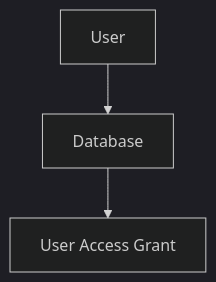
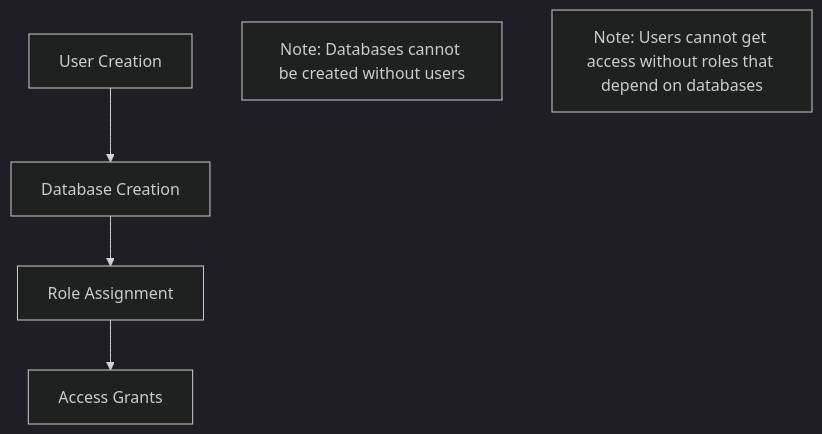
Before and after one commit to GauravJain98/Projects: the diagram in Terraform-managed PostgreSQL access control/README.md, drawn with Mermaid (dark theme). The commit also changed other lines of this file, not shown here.

Commit message:
Improve sturcture for postgres access control

````diff
--- a/Terraform-managed PostgreSQL access control/README.md
+++ b/Terraform-managed PostgreSQL access control/README.md
@@ -35,5 +52,9 @@
 ```mermaid
 flowchart TD
-  User --> Database
-  Database --> D[User Access Grant]
+    A[User Creation] --> B[Database Creation]
+    B --> C[Role Assignment]
+    C --> D[Access Grants]
+
+    note1[Note: Databases cannot be created without users]
+    note2[Note: Users cannot get access without roles that depend on databases]
 ```
````
